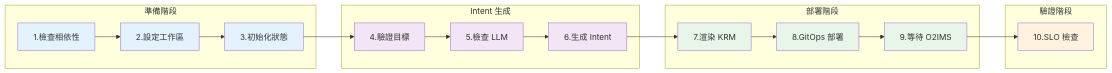
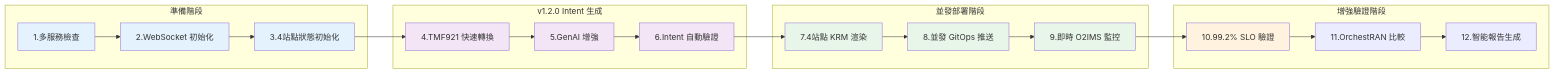
Before and after one commit to thc1006/nephio-intent-to-o2-demo: the third of 5 diagrams in docs/summit-demo/SUMMIT_DEMO_FLOW.md, drawn with Mermaid. The commit also changed other lines of this file and 62 other files, not shown here.

````diff
--- a/docs/summit-demo/SUMMIT_DEMO_FLOW.md
+++ b/docs/summit-demo/SUMMIT_DEMO_FLOW.md
@@ -104,40 +140,42 @@
 ```mermaid
 graph LR
     subgraph "準備階段"
-        S1[1.檢查相依性]
-        S2[2.設定工作區]
-        S3[3.初始化狀態]
+        S1[1.多服務檢查]
+        S2[2.WebSocket 初始化]
+        S3[3.4站點狀態初始化]
     end
 
-    subgraph "Intent 生成"
-        S4[4.驗證目標]
-        S5[5.檢查 LLM]
-        S6[6.生成 Intent]
+    subgraph "v1.2.0 Intent 生成"
+        S4[4.TMF921 快速轉換]
+        S5[5.GenAI 增強]
+        S6[6.Intent 自動驗證]
     end
 
-    subgraph "部署階段"
-        S7[7.渲染 KRM]
-        S8[8.GitOps 部署]
-        S9[9.等待 O2IMS]
+    subgraph "並發部署階段"
+        S7[7.4站點 KRM 渲染]
+        S8[8.並發 GitOps 推送]
+        S9[9.即時 O2IMS 監控]
     end
 
-    subgraph "驗證階段"
-        S10[10.SLO 檢查]
+    subgraph "增強驗證階段"
+        S10[10.99.2% SLO 驗證]
+        S11[11.OrchestRAN 比較]
+        S12[12.智能報告生成]
     end
 
     S1 --> S2 --> S3
     S3 --> S4 --> S5 --> S6
     S6 --> S7 --> S8 --> S9
-    S9 --> S10
+    S9 --> S10 --> S11 --> S12
 
     style S1 fill:#e3f2fd
     style S2 fill:#e3f2fd
     style S3 fill:#e3f2fd
     style S4 fill:#f3e5f5
     style S5 fill:#f3e5f5
     style S6 fill:#f3e5f5
     style S7 fill:#e8f5e9
     style S8 fill:#e8f5e9
     style S9 fill:#e8f5e9
     style S10 fill:#fff3e0
 ```
````
